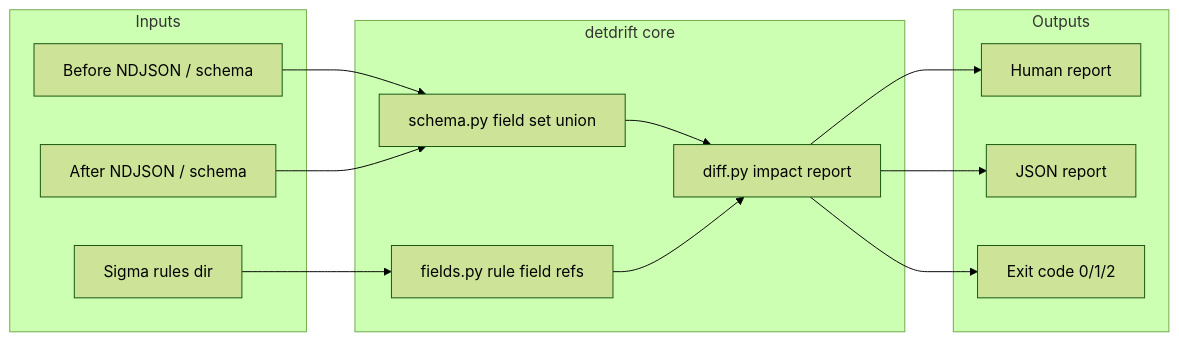
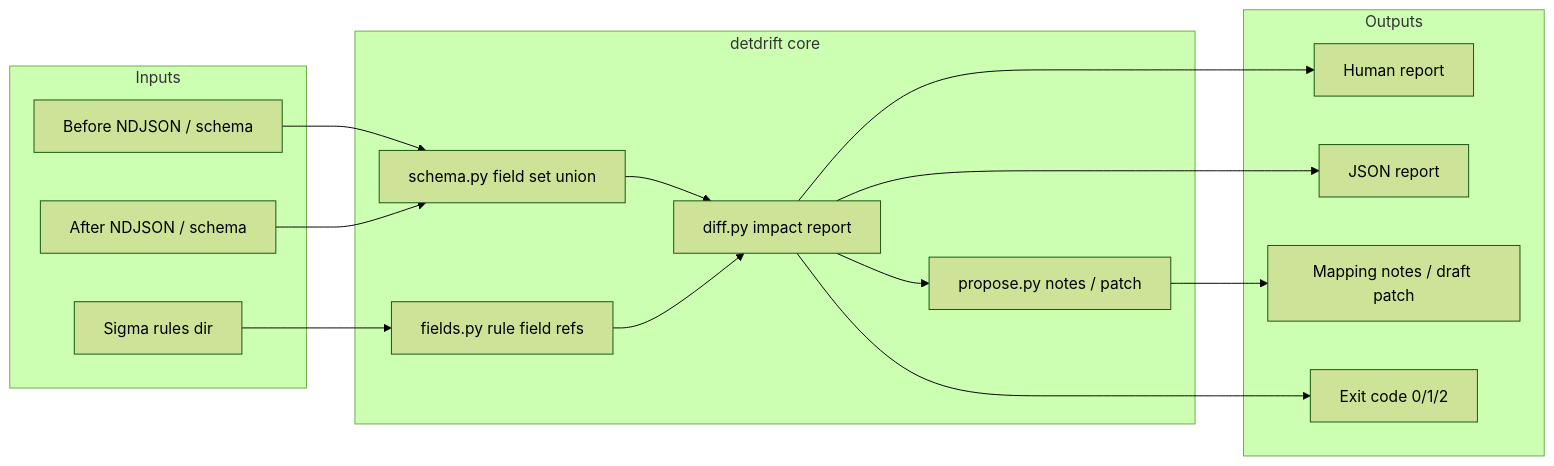
One commit to chriswayneh/detdrift changed the diagram in ARCHITECTURE.md. Above: the diagram before and after it, drawn with Mermaid (forest theme). The commit also changed other lines of this file and 8 other files, not shown here.

First line of the commit message:
Phase 2 Assist: propose-patch notes/patch + skill (v0.3.0)

````diff
--- a/ARCHITECTURE.md
+++ b/ARCHITECTURE.md
@@ -21,29 +21,33 @@
 ```mermaid
 flowchart LR
   subgraph inputs [Inputs]
     B[Before NDJSON / schema]
     A[After NDJSON / schema]
     R[Sigma rules dir]
   end
 
   subgraph core [detdrift core]
     S[schema.py field set union]
     F[fields.py rule field refs]
     D[diff.py impact report]
+    P[propose.py notes / patch]
   end
 
   subgraph outputs [Outputs]
     H[Human report]
     J[JSON report]
+    N[Mapping notes / draft patch]
     E[Exit code 0/1/2]
   end
 
   B --> S
   A --> S
   R --> F
   S --> D
   F --> D
   D --> H
   D --> J
   D --> E
+  D --> P
+  P --> N
 ```
````
